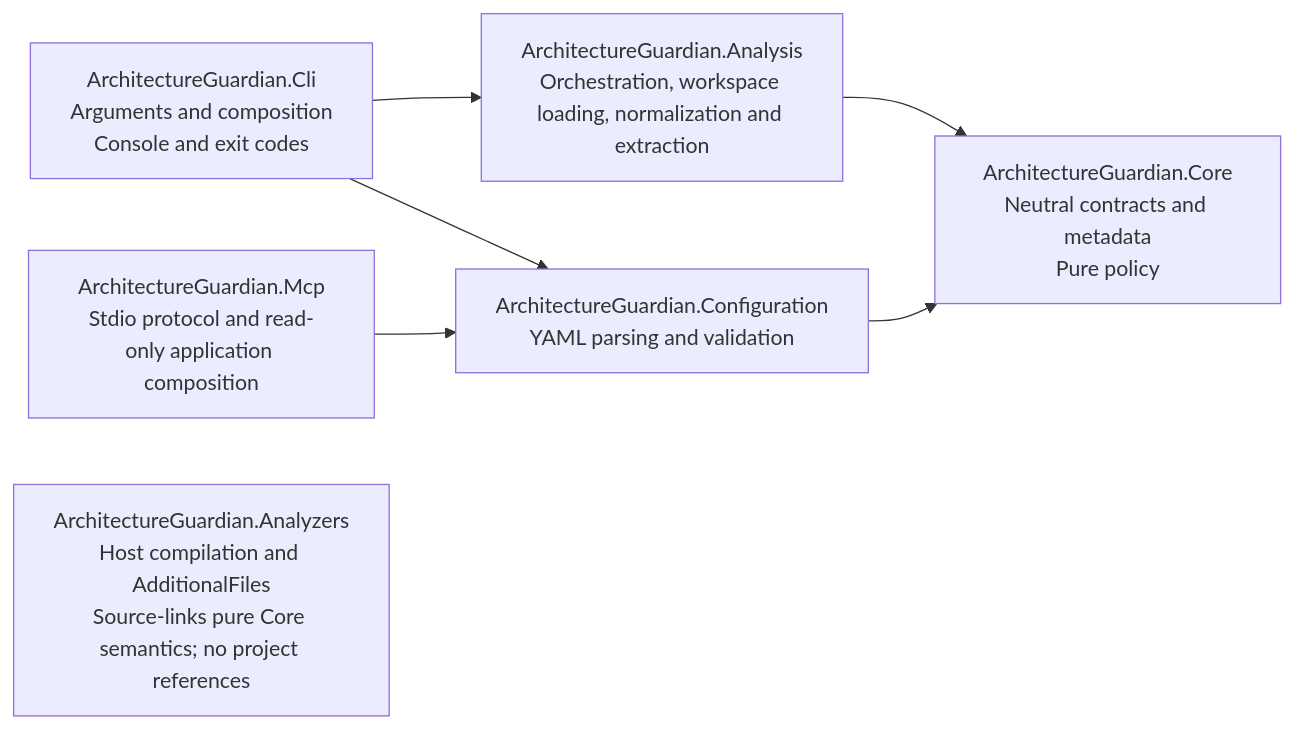
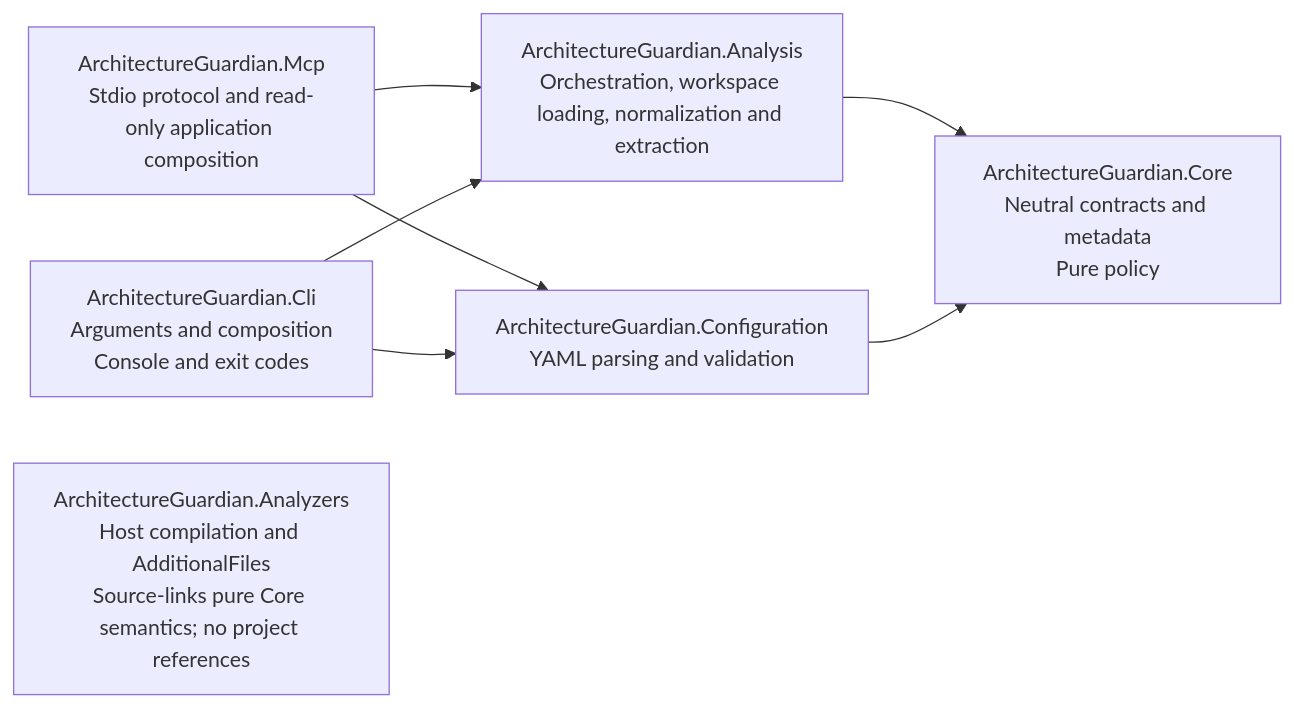
Before and after one commit to kbourzayq/arch-guard: the first of 3 diagrams in docs/architecture/overview.md, drawn with Mermaid. The commit also changed other lines of this file and 26 other files, not shown here.

First line of the commit message:
feat(mcp): expose architecture and rule context (#63)

````diff
--- a/docs/architecture/overview.md
+++ b/docs/architecture/overview.md
@@ -33,15 +33,16 @@
 ```mermaid
 flowchart LR
     Cli["ArchitectureGuardian.Cli<br/>Arguments and composition<br/>Console and exit codes"]
     Analysis["ArchitectureGuardian.Analysis<br/>Orchestration, workspace loading, normalization and extraction"]
     Core["ArchitectureGuardian.Core<br/>Neutral contracts and metadata<br/>Pure policy"]
     Configuration["ArchitectureGuardian.Configuration<br/>YAML parsing and validation"]
 
     Mcp["ArchitectureGuardian.Mcp<br/>Stdio protocol and read-only application composition"]
     Mcp --> Configuration
+    Mcp --> Analysis
     Cli --> Analysis
     Cli --> Configuration
     Analysis --> Core
     Configuration --> Core
     Analyzers["ArchitectureGuardian.Analyzers<br/>Host compilation and AdditionalFiles<br/>Source-links pure Core semantics; no project references"]
 ```
````
